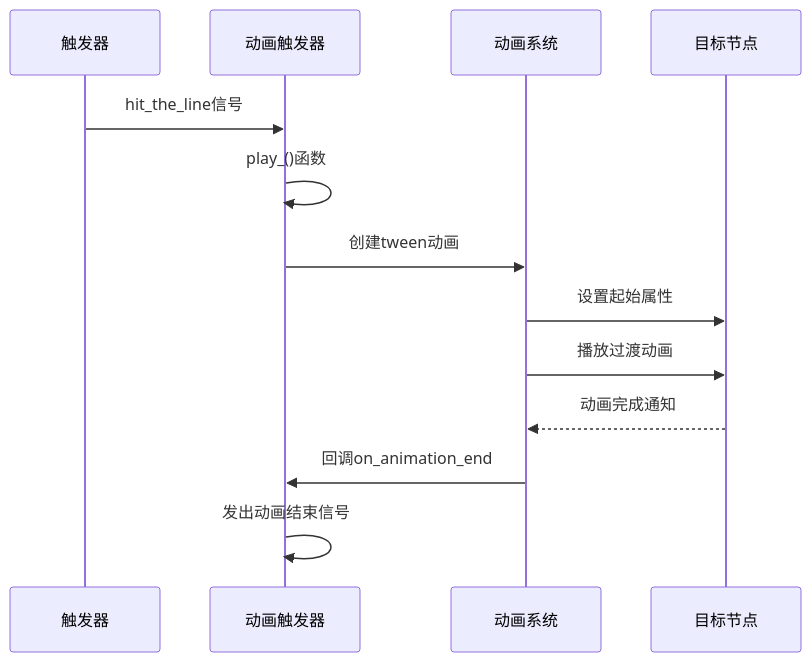
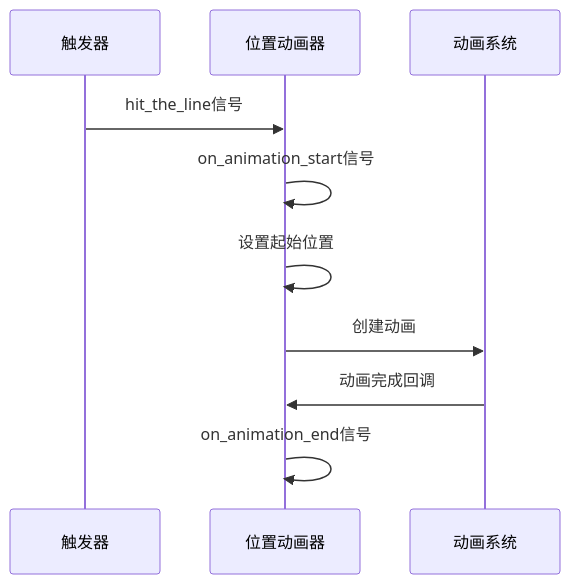
Before and after one commit to godotline/godot-line: the fifth of 7 diagrams in .qoder/repowiki/zh/content/游戏系统/触发器系统/引导触发器.md, drawn with Mermaid. The commit also changed other lines of this file and 212 other files, not shown here.

````diff
--- a/.qoder/repowiki/zh/content/游戏系统/触发器系统/引导触发器.md
+++ b/.qoder/repowiki/zh/content/游戏系统/触发器系统/引导触发器.md
@@ -376,15 +287,12 @@
 ```mermaid
 sequenceDiagram
 participant Trigger as 触发器
-participant Animator as 动画触发器
+participant Animator as 位置动画器
 participant Tween as 动画系统
-participant Target as 目标节点
 Trigger->>Animator : hit_the_line信号
-Animator->>Animator : play_()函数
-Animator->>Tween : 创建tween动画
-Tween->>Target : 设置起始属性
-Tween->>Target : 播放过渡动画
-Target-->>Tween : 动画完成通知
-Tween->>Animator : 回调on_animation_end
-Animator->>Animator : 发出动画结束信号
+Animator->>Animator : on_animation_start信号
+Animator->>Animator : 设置起始位置
+Animator->>Tween : 创建动画
+Tween->>Animator : 动画完成回调
+Animator->>Animator : on_animation_end信号
 ```
````
